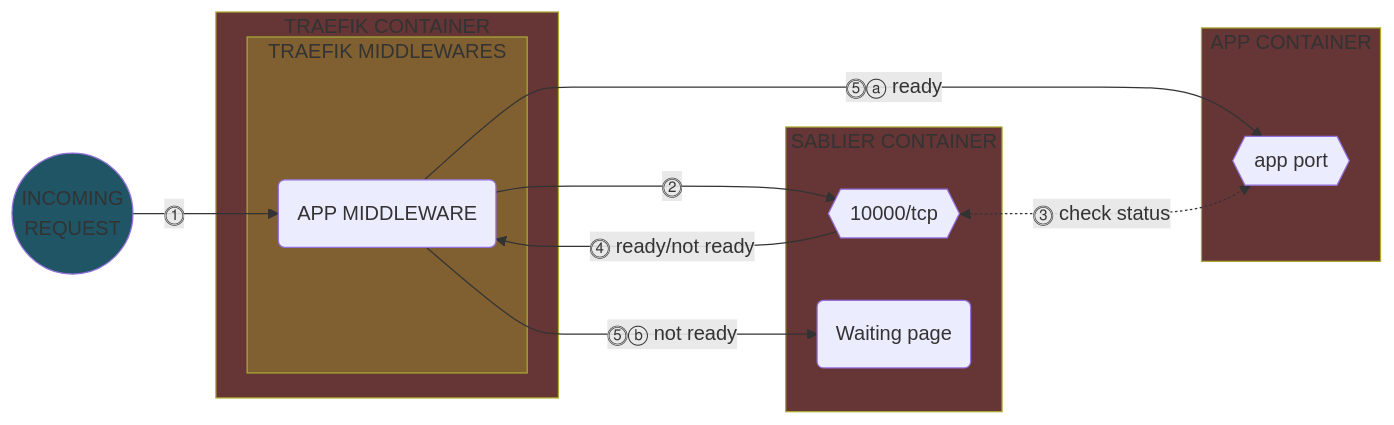
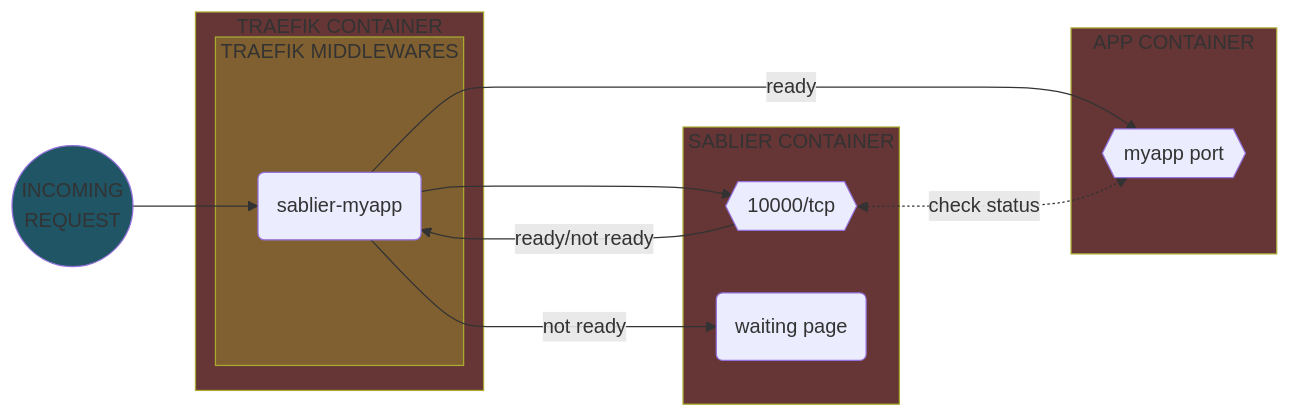
One commit to Yann39/self-hosted changed diagram 18 of 19 in README.md. Above: the diagram before and after it, drawn with Mermaid. The commit also changed other lines of this file and 2 other files, not shown here.

Commit message:
improved Sablier documentation

````diff
--- a/README.md
+++ b/README.md
@@ -4128,37 +4129,36 @@
 ```mermaid
 flowchart LR
     style INCOMING_REQUEST fill: #205566
     style TRAEFIK_CONTAINER fill: #663535
     style SABLIER_CONTAINER fill: #663535
     style APP_CONTAINER fill: #663535
     style TRAEFIK_MIDDLEWARE fill: #806030
     DOCKER_SABLIER_PORT{{10000/tcp}}
-    DOCKER_APP_PORT{{app port}}
-    WAITING_PAGE(Waiting page)
-    TRAEFIK_MIDDLEWARE_APP(APP MIDDLEWARE)
+    DOCKER_APP_PORT{{myapp port}}
+    WAITING_PAGE(waiting page)
+    TRAEFIK_MIDDLEWARE_APP(sablier-myapp)
     INCOMING_REQUEST((INCOMING\nREQUEST))
-    INCOMING_REQUEST -->|"⓵"| TRAEFIK_MIDDLEWARE_APP
-
+    INCOMING_REQUEST --> TRAEFIK_MIDDLEWARE_APP
 
     subgraph SABLIER_CONTAINER[SABLIER CONTAINER]
         DOCKER_SABLIER_PORT
         WAITING_PAGE
     end
 
     subgraph APP_CONTAINER[APP CONTAINER]
         DOCKER_APP_PORT
     end
 
     subgraph TRAEFIK_CONTAINER[TRAEFIK CONTAINER]
 
         subgraph TRAEFIK_MIDDLEWARE[TRAEFIK MIDDLEWARES]
             TRAEFIK_MIDDLEWARE_APP
         end
 
-        TRAEFIK_MIDDLEWARE_APP -->|"⓶"| DOCKER_SABLIER_PORT
-        DOCKER_SABLIER_PORT -->|"⓸ ready/not ready"| TRAEFIK_MIDDLEWARE_APP
-        TRAEFIK_MIDDLEWARE_APP -->|"⓹ⓐ ready"| DOCKER_APP_PORT
-        TRAEFIK_MIDDLEWARE_APP -->|"⓹ⓑ not ready"| WAITING_PAGE
-        DOCKER_SABLIER_PORT <-.->|"⓷ check status"| DOCKER_APP_PORT
+        TRAEFIK_MIDDLEWARE_APP --> DOCKER_SABLIER_PORT
+        DOCKER_SABLIER_PORT -->|"ready/not ready"| TRAEFIK_MIDDLEWARE_APP
+        TRAEFIK_MIDDLEWARE_APP -->|"ready"| DOCKER_APP_PORT
+        TRAEFIK_MIDDLEWARE_APP -->|"not ready"| WAITING_PAGE
+        DOCKER_SABLIER_PORT <-.->|"check status"| DOCKER_APP_PORT
     end
 ```
````
